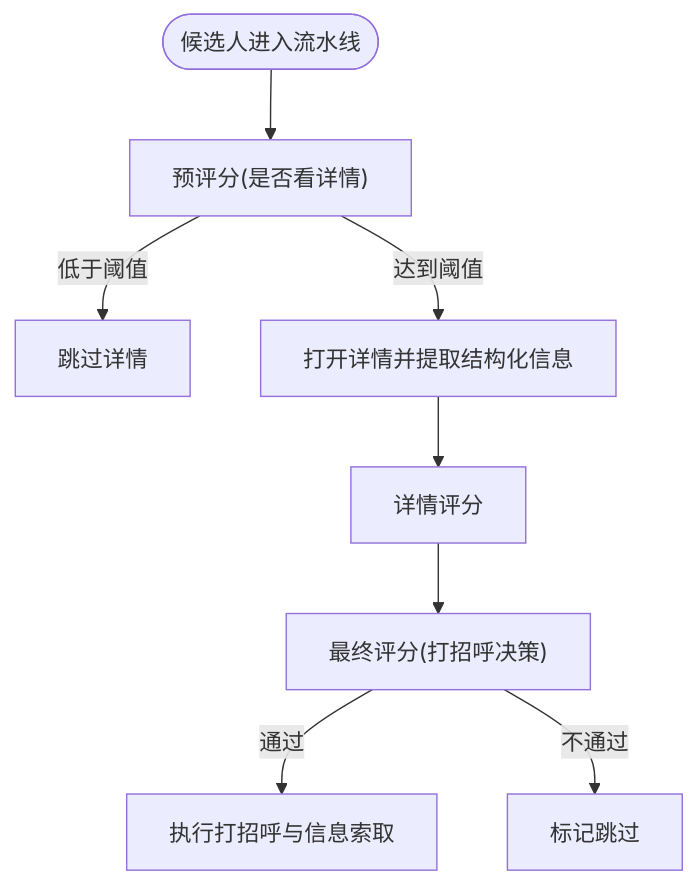
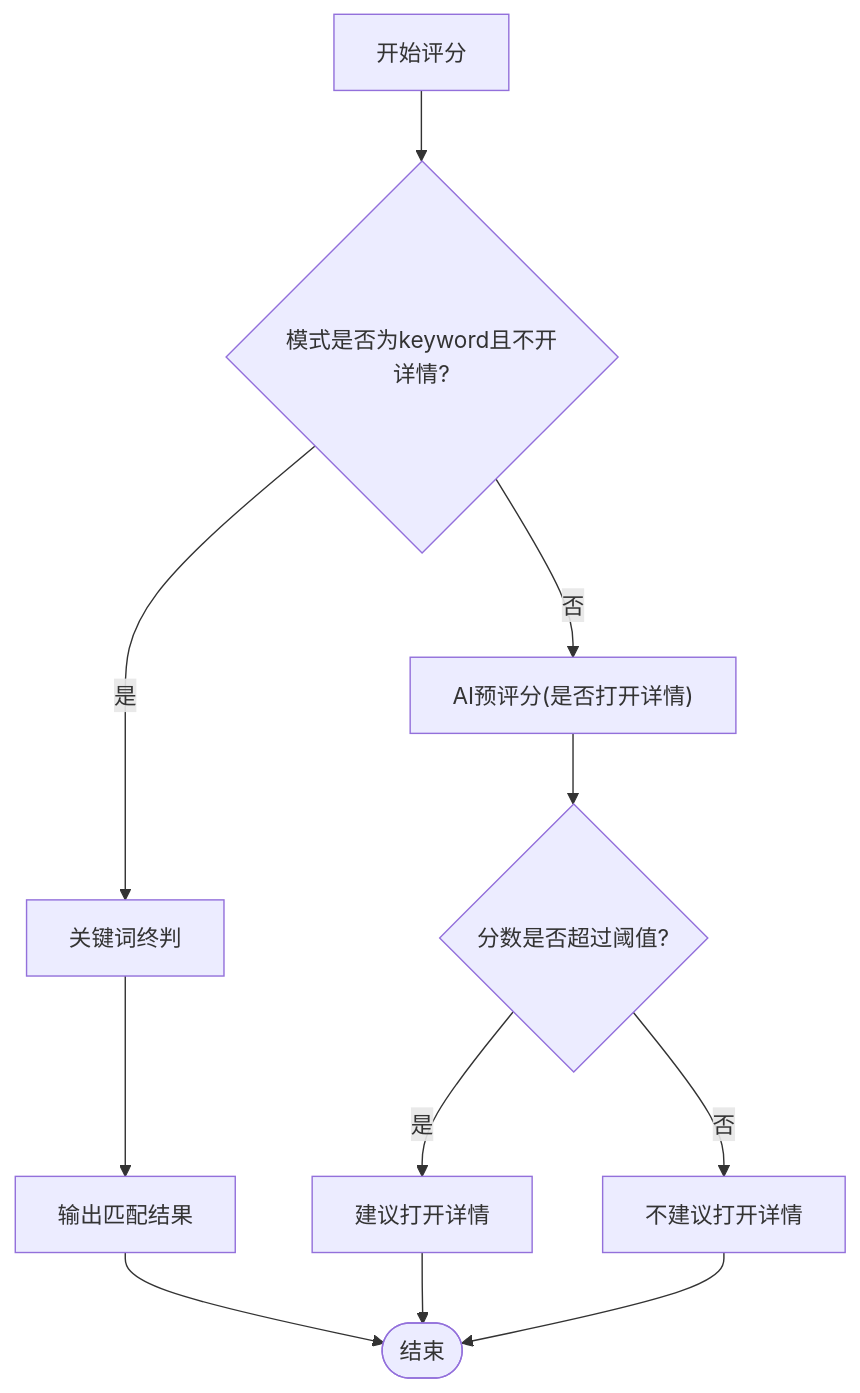
One commit to alvinwangzi/goodhr changed the sixth of 10 diagrams in .qoder/repowiki/zh/content/本地执行器/平台适配器/前程无忧适配器/候选人处理.md. Above: the diagram before and after it, drawn with Mermaid. The commit also changed other lines of this file and 149 other files, not shown here.

````diff
--- a/.qoder/repowiki/zh/content/本地执行器/平台适配器/前程无忧适配器/候选人处理.md
+++ b/.qoder/repowiki/zh/content/本地执行器/平台适配器/前程无忧适配器/候选人处理.md
@@ -205,10 +229,13 @@
 ```mermaid
 flowchart TD
-S(["候选人进入流水线"]) --> PreScore["预评分(是否看详情)"]
-PreScore --> |低于阈值| Skip["跳过详情"]
-PreScore --> |达到阈值| OpenDetail["打开详情并提取结构化信息"]
-OpenDetail --> DetailScore["详情评分"]
-DetailScore --> FinalScore["最终评分(打招呼决策)"]
-FinalScore --> |通过| Greet["执行打招呼与信息索取"]
-FinalScore --> |不通过| MarkSkipped["标记跳过"]
+S["开始评分"] --> M{"模式是否为keyword且不开详情?"}
+M --> |是| K["关键词终判"]
+M --> |否| A["AI预评分(是否打开详情)"]
+K --> R["输出匹配结果"]
+A --> T{"分数是否超过阈值?"}
+T --> |是| O["建议打开详情"]
+T --> |否| N["不建议打开详情"]
+R --> End(["结束"])
+O --> End
+N --> End
 ```
````
